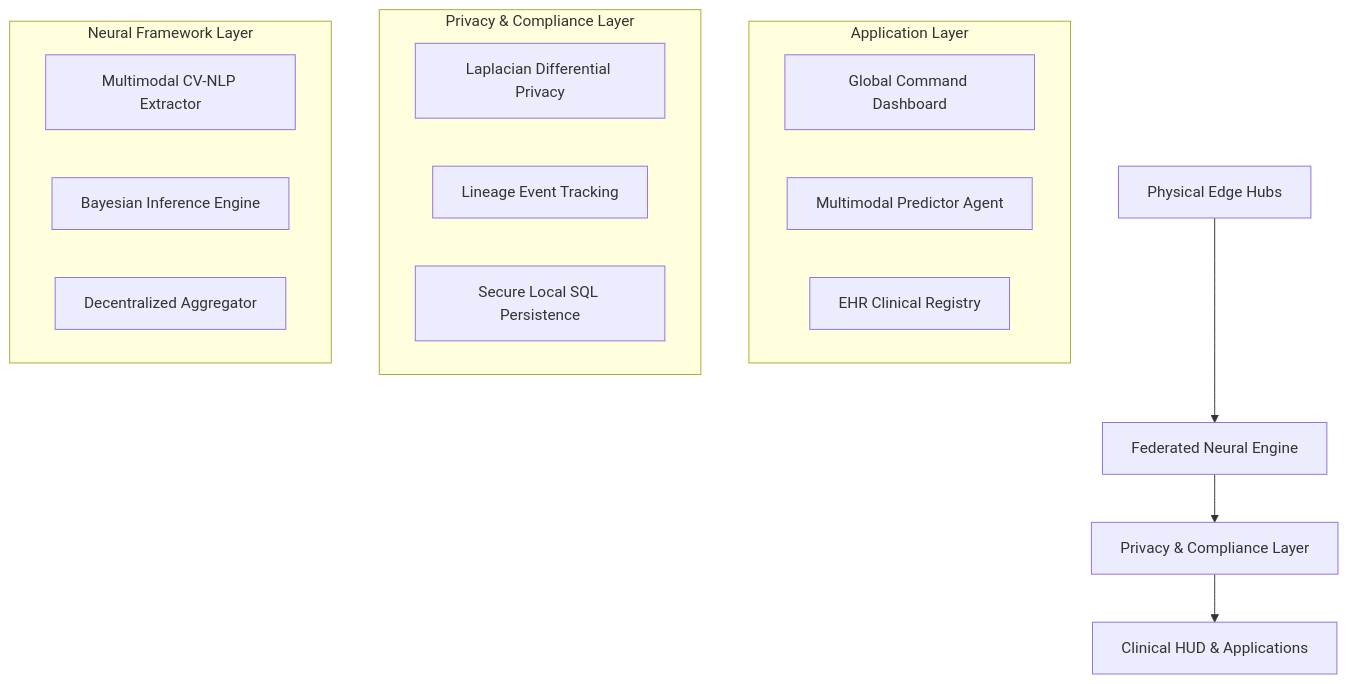
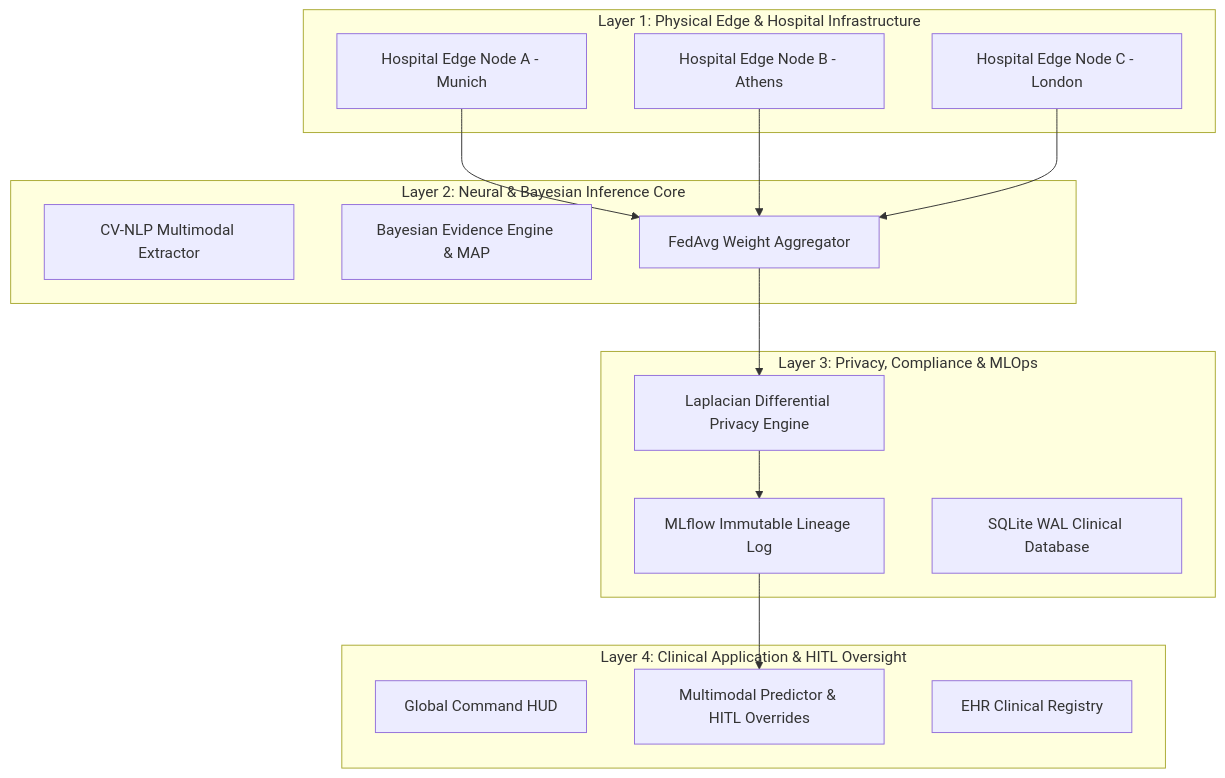
Before and after one commit to FilippeZ/dermagnosis-federated-learning: the diagram in README.md, drawn with Mermaid. The commit also changed other lines of this file and 81 other files, not shown here.

````diff
--- a/README.md
+++ b/README.md
@@ -54,24 +78,31 @@
 ```mermaid
 graph TD
-    A[Physical Edge Hubs] --> B[Federated Neural Engine]
-    B --> C[Privacy & Compliance Layer]
-    C --> D[Clinical HUD & Applications]
-    
-    subgraph "Application Layer"
-        D1[Global Command Dashboard]
-        D2[Multimodal Predictor Agent]
-        D3[EHR Clinical Registry]
+    subgraph "Layer 4: Clinical Application & HITL Oversight"
+        A1[Global Command HUD]
+        A2[Multimodal Predictor & HITL Overrides]
+        A3[EHR Clinical Registry]
     end
-    
-    subgraph "Privacy & Compliance Layer"
-        C1[Laplacian Differential Privacy]
-        C2[Lineage Event Tracking]
-        C3[Secure Local SQL Persistence]
+
+    subgraph "Layer 3: Privacy, Compliance & MLOps"
+        B1[Laplacian Differential Privacy Engine]
+        B2[MLflow Immutable Lineage Log]
+        B3[SQLite WAL Clinical Database]
     end
-    
-    subgraph "Neural Framework Layer"
-        B1[Multimodal CV-NLP Extractor]
-        B2[Bayesian Inference Engine]
-        B3[Decentralized Aggregator]
+
+    subgraph "Layer 2: Neural & Bayesian Inference Core"
+        C1[CV-NLP Multimodal Extractor]
+        C2[Bayesian Evidence Engine & MAP]
+        C3[FedAvg Weight Aggregator]
     end
+
+    subgraph "Layer 1: Physical Edge & Hospital Infrastructure"
+        D1[Hospital Edge Node A - Munich]
+        D2[Hospital Edge Node B - Athens]
+        D3[Hospital Edge Node C - London]
+    end
+
+    D1 & D2 & D3 --> C3
+    C3 --> B1
+    B1 --> B2
+    B2 --> A2
 ```
````
